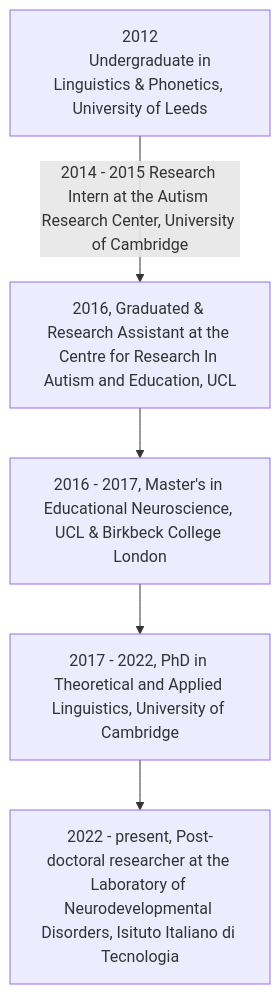
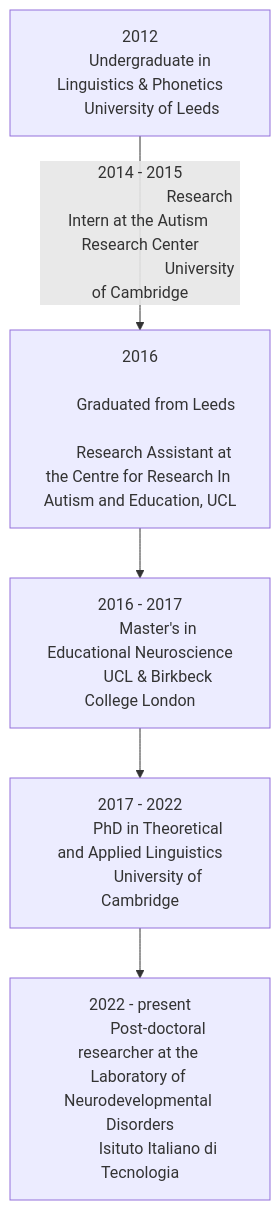
Before and after one commit to sarahkaarina/sarahkaarina.github.io: the diagram in README.md, drawn with Mermaid.

````diff
--- a/README.md
+++ b/README.md
@@ -21,8 +21,19 @@
 ```mermaid
 graph TD;
     A[2012
-      Undergraduate in Linguistics & Phonetics, University of Leeds]--> |2014 - 2015 Research Intern at the Autism Research Center, University of Cambridge| B[2016, Graduated & Research Assistant at the Centre for Research In Autism and Education, UCL];
-    B-->C[2016 - 2017, Master's in Educational Neuroscience, UCL & Birkbeck College London];
-    C-->D[2017 - 2022, PhD in Theoretical and Applied Linguistics, University of Cambridge];
-    D-->E[2022 - present, Post-doctoral researcher at the Laboratory of Neurodevelopmental Disorders, Isituto Italiano di Tecnologia];
+      Undergraduate in Linguistics & Phonetics
+      University of Leeds]--> |2014 - 2015
+                               Research Intern at the Autism Research Center
+                               University of Cambridge| B[2016
+                                                          Graduated from Leeds
+                                                          Research Assistant at the Centre for Research In Autism and Education, UCL];
+    B-->C[2016 - 2017
+          Master's in Educational Neuroscience
+          UCL & Birkbeck College London];
+    C-->D[2017 - 2022
+          PhD in Theoretical and Applied Linguistics
+          University of Cambridge];
+    D-->E[2022 - present
+          Post-doctoral researcher at the Laboratory of Neurodevelopmental Disorders
+          Isituto Italiano di Tecnologia];
 ```
````
